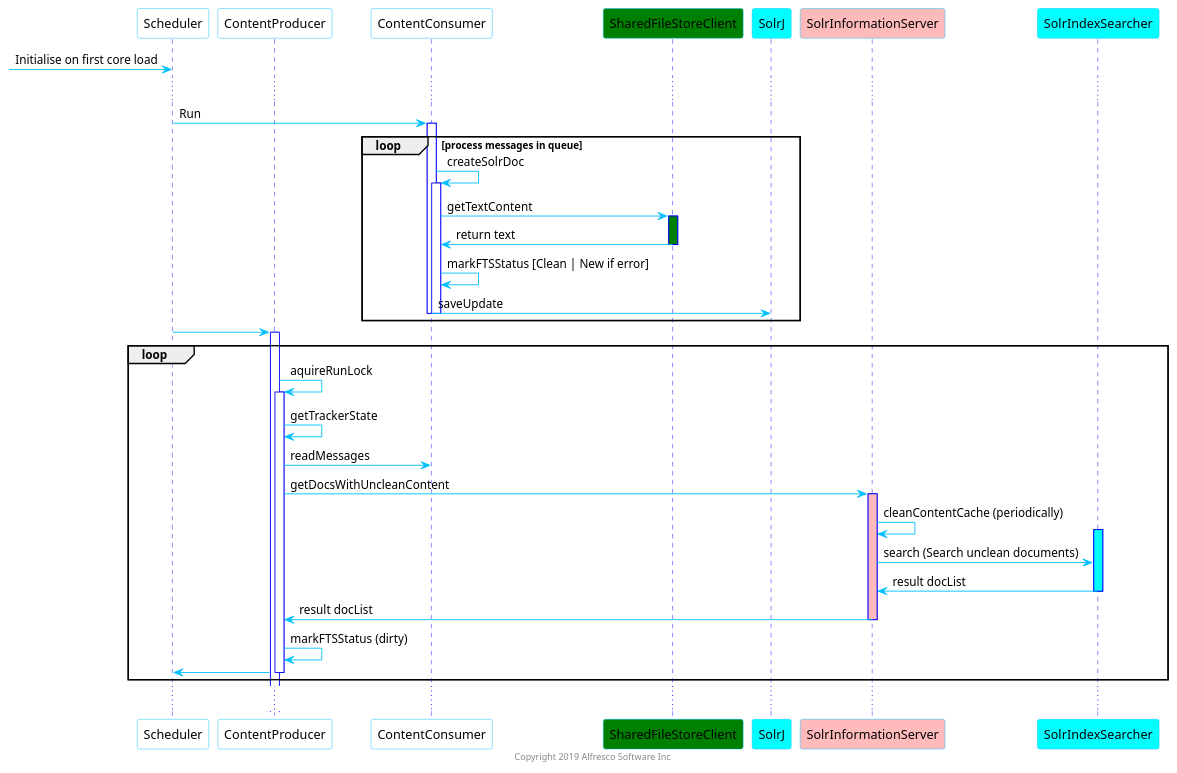
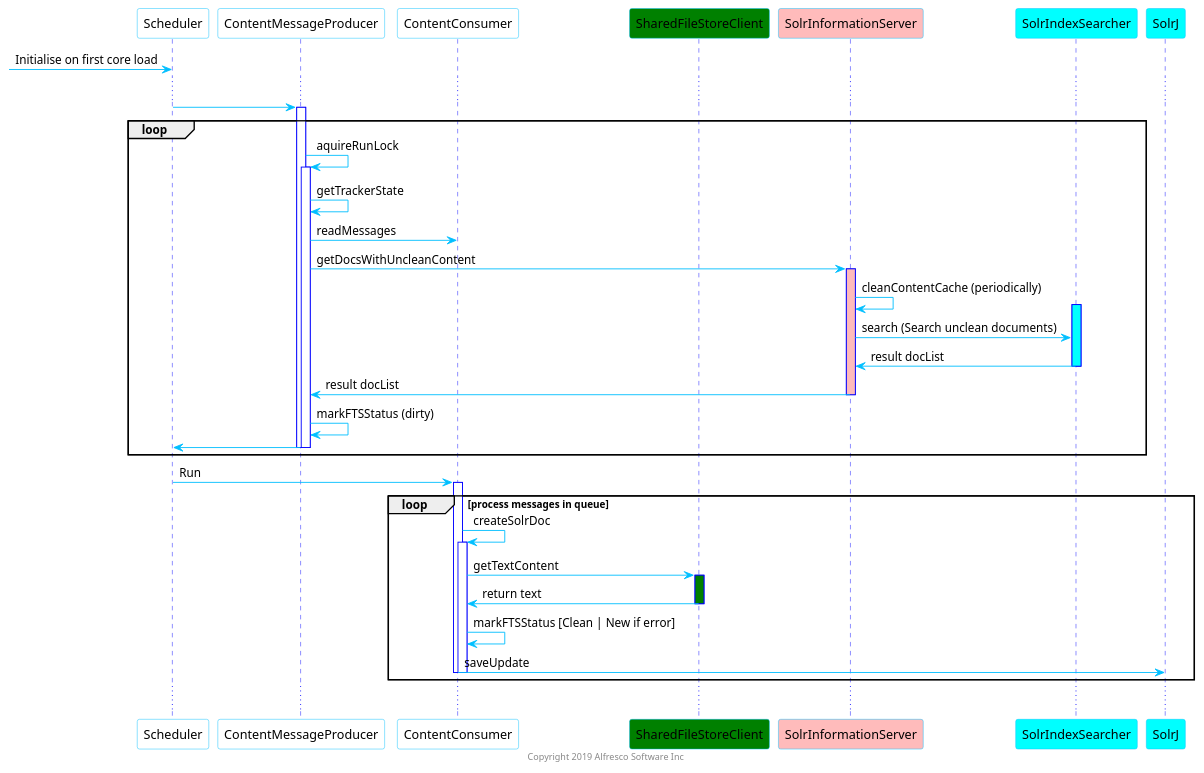
One commit to Alfresco/SearchServices changed the diagram in search-services/alfresco-search/doc/architecture/AsyncContentTracker/sequence-AsyncContentTrackerV2.puml. Above: the diagram before and after it, drawn with PlantUML. The commit also changed 1 other file, not shown here.

Commit message:
SEARCH-1719, amend as per toms feedback and upload V2 design of AsyncContentTracker

```diff
--- a/search-services/alfresco-search/doc/architecture/AsyncContentTracker/sequence-AsyncContentTrackerV2.puml
+++ b/search-services/alfresco-search/doc/architecture/AsyncContentTracker/sequence-AsyncContentTrackerV2.puml
@@ -1,57 +1,58 @@
 @startuml
 skinparam  sequence  {
 	ArrowColor DeepSkyBlue
 	ActorBorderColor DeepSkyBlue
 	LifeLineBorderColor blue
 	ParticipantBorderColor DeepSkyBlue
 	ParticipantBackgroundColor white
 }
 
  [-> Scheduler : Initialise on first core load
 
-       participant ContentProducer
+       participant ContentMessageProducer
        participant ContentConsumer
        participant SharedFileStoreClient #green
  ...
- Scheduler -> ContentConsumer: Run
-    loop process messages in queue
+ Scheduler -> ContentMessageProducer
+ 	loop
+ 		activate ContentMessageProducer
+	    ContentMessageProducer -> ContentMessageProducer: aquireRunLock
+    	activate ContentMessageProducer
+    	ContentMessageProducer -> ContentMessageProducer: getTrackerState
+    	ContentMessageProducer -> ContentConsumer: readMessages
+	    deactivate ContentConsumer
+   	 	participant SolrInformationServer #FFBBBB
+    	ContentMessageProducer -> SolrInformationServer: getDocsWithUncleanContent
+    	activate SolrInformationServer  #FFBBBB
+    	SolrInformationServer -> SolrInformationServer: cleanContentCache (periodically)
+    	participant SolrIndexSearcher  #aqua
+	    activate SolrIndexSearcher #aqua
+	    SolrInformationServer -> SolrIndexSearcher: search (Search unclean documents)
+	    SolrIndexSearcher -> SolrInformationServer: result docList
+	    deactivate SolrIndexSearcher
+	    ContentMessageProducer <- SolrInformationServer: result docList
+	    deactivate SolrInformationServer
+    	ContentMessageProducer -> ContentMessageProducer:markFTSStatus (dirty)
+ 		ContentMessageProducer -> Scheduler
+ 		deactivate ContentMessageProducer
+ 		deactivate ContentMessageProducer
+ 	end
+ 	Scheduler -> ContentConsumer: Run
+     loop process messages in queue
        activate ContentConsumer
        ContentConsumer->ContentConsumer:createSolrDoc
        activate ContentConsumer 
        ContentConsumer -> SharedFileStoreClient: getTextContent
        activate SharedFileStoreClient #green
        ContentConsumer <- SharedFileStoreClient: return text
        deactivate SharedFileStoreClient
        ContentConsumer->ContentConsumer:markFTSStatus [Clean | New if error]
        participant SolrJ #aqua
        ContentConsumer->SolrJ:saveUpdate
        deactivate ContentConsumer
        deactivate ContentConsumer
     end
- Scheduler -> ContentProducer
- 	loop
- 		activate ContentProducer
-	    ContentProducer -> ContentProducer: aquireRunLock
-    	activate ContentProducer
-    	ContentProducer -> ContentProducer: getTrackerState
-    	ContentProducer -> ContentConsumer: readMessages
-	    deactivate ContentConsumer
-   	 	participant SolrInformationServer #FFBBBB
-    	ContentProducer -> SolrInformationServer: getDocsWithUncleanContent
-    	activate SolrInformationServer  #FFBBBB
-    	SolrInformationServer -> SolrInformationServer: cleanContentCache (periodically)
-    	participant SolrIndexSearcher  #aqua
-	    activate SolrIndexSearcher #aqua
-	    SolrInformationServer -> SolrIndexSearcher: search (Search unclean documents)
-	    SolrIndexSearcher -> SolrInformationServer: result docList
-	    deactivate SolrIndexSearcher
-	    ContentProducer <- SolrInformationServer: result docList
-	    deactivate SolrInformationServer
-    	ContentProducer -> ContentProducer:markFTSStatus (dirty)
- 		ContentProducer -> Scheduler
- 		deactivate ContentProducer
- 	end
 ...
  center footer Copyright 2019 Alfresco Software Inc
  
  @enduml
```
